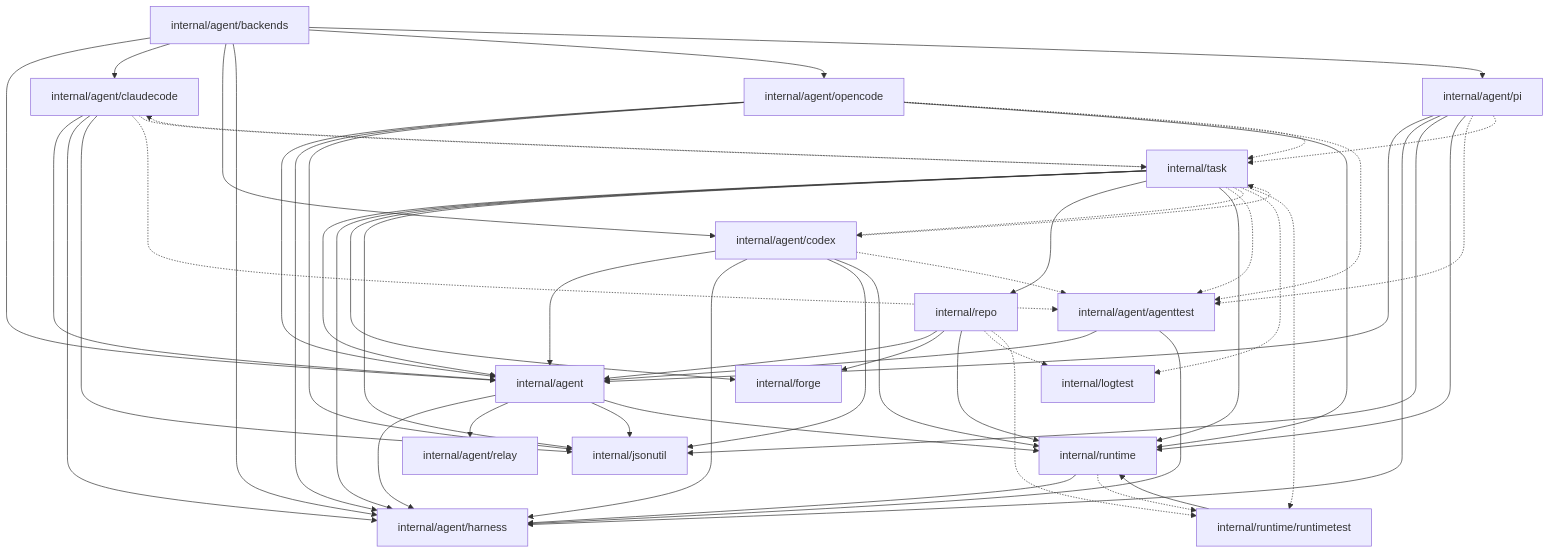
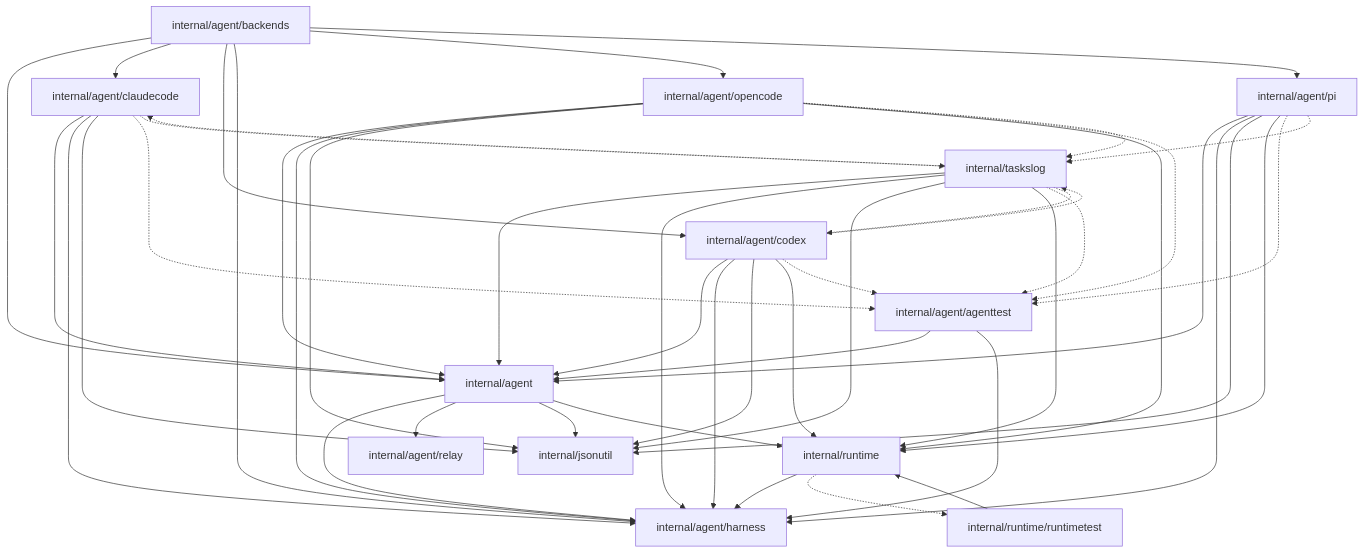
The second of 3 diagrams in backend/docs/ARCHITECTURE.md (caic-xyz/caic), drawn with Mermaid before and after one commit. The commit also changed other lines of this file and 48 other files, not shown here.

````diff
--- a/backend/docs/ARCHITECTURE.md
+++ b/backend/docs/ARCHITECTURE.md
@@ -214,74 +226,62 @@
 ```mermaid
 graph TD
   pkg_internal_agent["internal/agent"]
   pkg_internal_agent_agenttest["internal/agent/agenttest"]
   pkg_internal_agent_backends["internal/agent/backends"]
   pkg_internal_agent_claudecode["internal/agent/claudecode"]
   pkg_internal_agent_codex["internal/agent/codex"]
   pkg_internal_agent_harness["internal/agent/harness"]
   pkg_internal_agent_opencode["internal/agent/opencode"]
   pkg_internal_agent_pi["internal/agent/pi"]
   pkg_internal_agent_relay["internal/agent/relay"]
-  pkg_internal_forge["internal/forge"]
   pkg_internal_jsonutil["internal/jsonutil"]
-  pkg_internal_logtest["internal/logtest"]
-  pkg_internal_repo["internal/repo"]
   pkg_internal_runtime["internal/runtime"]
   pkg_internal_runtime_runtimetest["internal/runtime/runtimetest"]
-  pkg_internal_task["internal/task"]
+  pkg_internal_taskslog["internal/taskslog"]
 
   pkg_internal_agent --> pkg_internal_agent_harness
   pkg_internal_agent --> pkg_internal_agent_relay
   pkg_internal_agent --> pkg_internal_jsonutil
   pkg_internal_agent --> pkg_internal_runtime
   pkg_internal_agent_agenttest --> pkg_internal_agent
   pkg_internal_agent_agenttest --> pkg_internal_agent_harness
   pkg_internal_agent_backends --> pkg_internal_agent
   pkg_internal_agent_backends --> pkg_internal_agent_claudecode
   pkg_internal_agent_backends --> pkg_internal_agent_codex
   pkg_internal_agent_backends --> pkg_internal_agent_harness
   pkg_internal_agent_backends --> pkg_internal_agent_opencode
   pkg_internal_agent_backends --> pkg_internal_agent_pi
   pkg_internal_agent_claudecode --> pkg_internal_agent
   pkg_internal_agent_claudecode --> pkg_internal_agent_harness
   pkg_internal_agent_claudecode --> pkg_internal_jsonutil
   pkg_internal_agent_claudecode -.-> pkg_internal_agent_agenttest
-  pkg_internal_agent_claudecode -.-> pkg_internal_task
+  pkg_internal_agent_claudecode -.-> pkg_internal_taskslog
   pkg_internal_agent_codex --> pkg_internal_agent
   pkg_internal_agent_codex --> pkg_internal_agent_harness
   pkg_internal_agent_codex --> pkg_internal_jsonutil
   pkg_internal_agent_codex --> pkg_internal_runtime
   pkg_internal_agent_codex -.-> pkg_internal_agent_agenttest
-  pkg_internal_agent_codex -.-> pkg_internal_task
+  pkg_internal_agent_codex -.-> pkg_internal_taskslog
   pkg_internal_agent_opencode --> pkg_internal_agent
   pkg_internal_agent_opencode --> pkg_internal_agent_harness
   pkg_internal_agent_opencode --> pkg_internal_jsonutil
   pkg_internal_agent_opencode --> pkg_internal_runtime
   pkg_internal_agent_opencode -.-> pkg_internal_agent_agenttest
-  pkg_internal_agent_opencode -.-> pkg_internal_task
+  pkg_internal_agent_opencode -.-> pkg_internal_taskslog
   pkg_internal_agent_pi --> pkg_internal_agent
   pkg_internal_agent_pi --> pkg_internal_agent_harness
   pkg_internal_agent_pi --> pkg_internal_jsonutil
   pkg_internal_agent_pi --> pkg_internal_runtime
   pkg_internal_agent_pi -.-> pkg_internal_agent_agenttest
-  pkg_internal_agent_pi -.-> pkg_internal_task
-  pkg_internal_repo --> pkg_internal_agent
-  pkg_internal_repo --> pkg_internal_forge
-  pkg_internal_repo --> pkg_internal_runtime
-  pkg_internal_repo -.-> pkg_internal_logtest
-  pkg_internal_repo -.-> pkg_internal_runtime_runtimetest
+  pkg_internal_agent_pi -.-> pkg_internal_taskslog
   pkg_internal_runtime --> pkg_internal_agent_harness
   pkg_internal_runtime -.-> pkg_internal_runtime_runtimetest
   pkg_internal_runtime_runtimetest --> pkg_internal_runtime
-  pkg_internal_task --> pkg_internal_agent
-  pkg_internal_task --> pkg_internal_agent_harness
-  pkg_internal_task --> pkg_internal_forge
-  pkg_internal_task --> pkg_internal_jsonutil
-  pkg_internal_task --> pkg_internal_repo
-  pkg_internal_task --> pkg_internal_runtime
-  pkg_internal_task -.-> pkg_internal_agent_agenttest
-  pkg_internal_task -.-> pkg_internal_agent_claudecode
-  pkg_internal_task -.-> pkg_internal_agent_codex
-  pkg_internal_task -.-> pkg_internal_logtest
-  pkg_internal_task -.-> pkg_internal_runtime_runtimetest
+  pkg_internal_taskslog --> pkg_internal_agent
+  pkg_internal_taskslog --> pkg_internal_agent_harness
+  pkg_internal_taskslog --> pkg_internal_jsonutil
+  pkg_internal_taskslog --> pkg_internal_runtime
+  pkg_internal_taskslog -.-> pkg_internal_agent_agenttest
+  pkg_internal_taskslog -.-> pkg_internal_agent_claudecode
+  pkg_internal_taskslog -.-> pkg_internal_agent_codex
 ```
````
